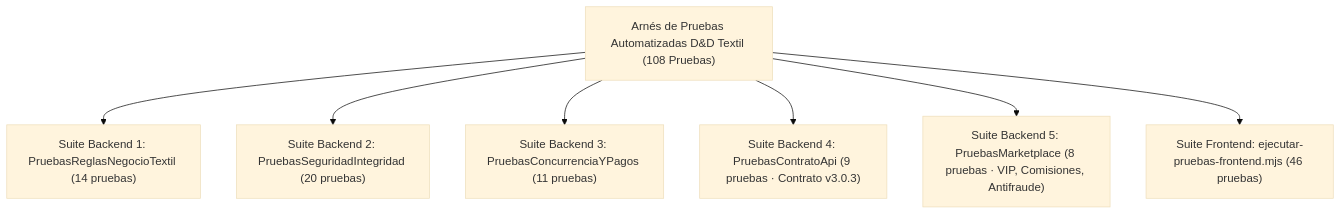
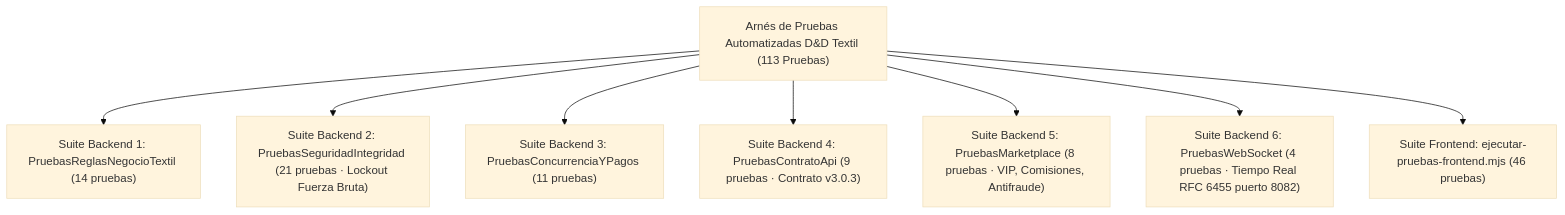
Before and after one commit to Jhonmoreno000/PROYECTO-SENA-TIENDA-TEXTIL-: the diagram in documentacion/14-plan-y-reporte-de-pruebas-iso25010.md, drawn with Mermaid (base theme). The commit also changed other lines of this file and 2 other files, not shown here.

Commit message:
docs(merge): reflejar WebSockets (8082), auditoria_sistema y PruebasWebSocket en resumen y QA

````diff
--- a/documentacion/14-plan-y-reporte-de-pruebas-iso25010.md
+++ b/documentacion/14-plan-y-reporte-de-pruebas-iso25010.md
@@ -25,9 +25,10 @@
 ```mermaid
 flowchart TD
-    QA["Arnés de Pruebas Automatizadas D&D Textil (108 Pruebas)"] --> B1["Suite Backend 1: PruebasReglasNegocioTextil (14 pruebas)"]
-    QA --> B2["Suite Backend 2: PruebasSeguridadIntegridad (20 pruebas)"]
+    QA["Arnés de Pruebas Automatizadas D&D Textil (113 Pruebas)"] --> B1["Suite Backend 1: PruebasReglasNegocioTextil (14 pruebas)"]
+    QA --> B2["Suite Backend 2: PruebasSeguridadIntegridad (21 pruebas · Lockout Fuerza Bruta)"]
     QA --> B3["Suite Backend 3: PruebasConcurrenciaYPagos (11 pruebas)"]
     QA --> B4["Suite Backend 4: PruebasContratoApi (9 pruebas · Contrato v3.0.3)"]
     QA --> B5["Suite Backend 5: PruebasMarketplace (8 pruebas · VIP, Comisiones, Antifraude)"]
+    QA --> B6["Suite Backend 6: PruebasWebSocket (4 pruebas · Tiempo Real RFC 6455 puerto 8082)"]
     QA --> F1["Suite Frontend: ejecutar-pruebas-frontend.mjs (46 pruebas)"]
 ```
````
